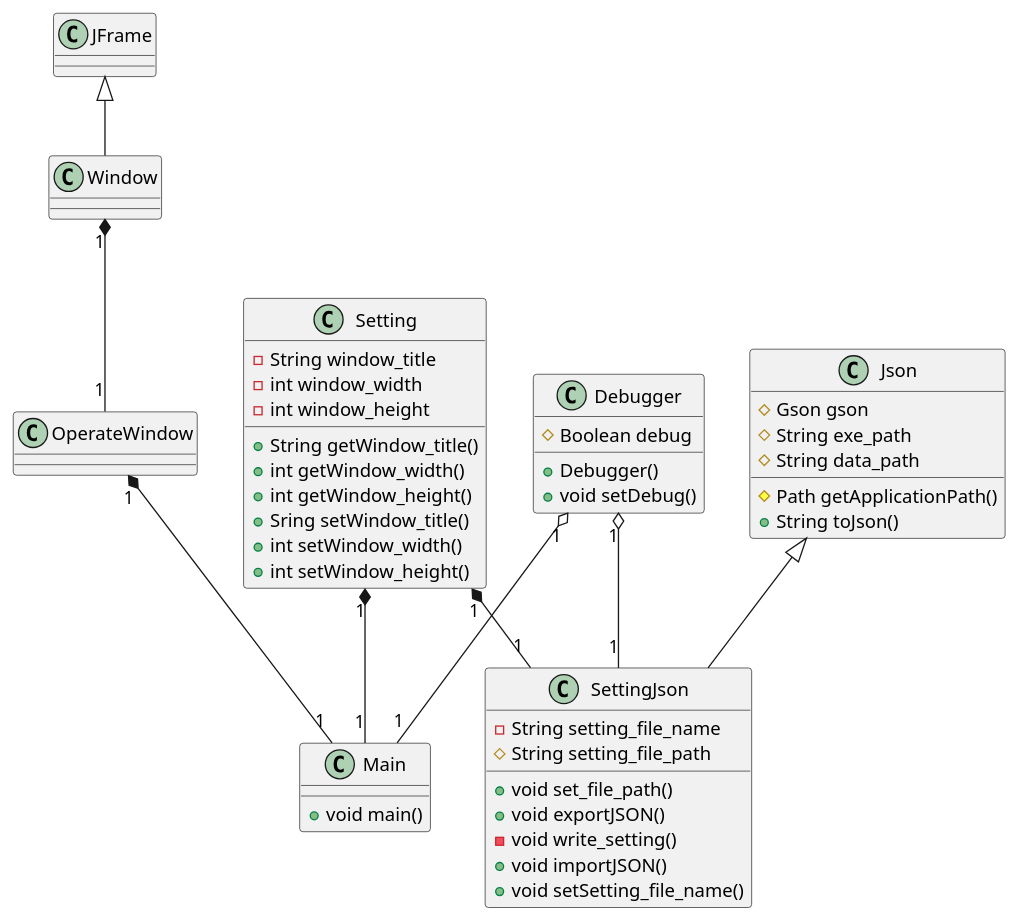
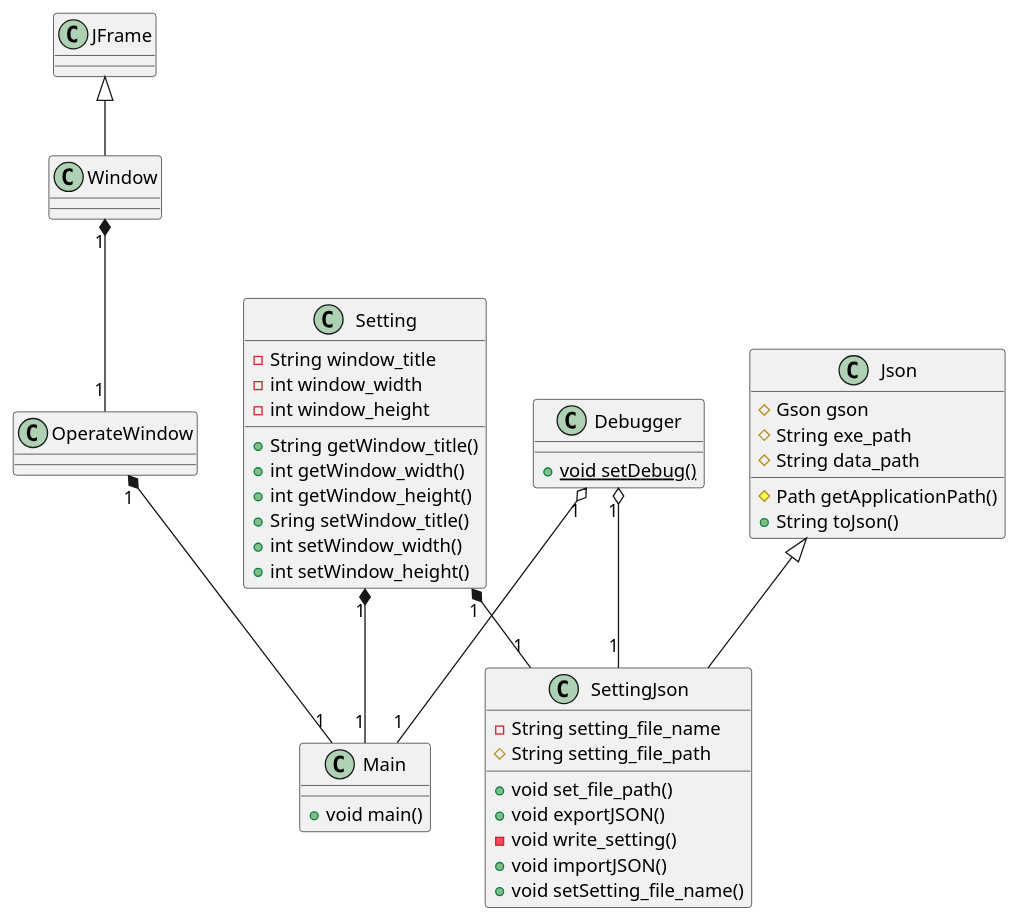
Before and after one commit to parsecmonkey/diary: the diagram in UML/class.pu, drawn with PlantUML. The commit also changed 4 other files, not shown here.

```diff
--- a/UML/class.pu
+++ b/UML/class.pu
@@ -1,63 +1,61 @@
 @startuml
 ' クラス定義
 class Main {
     + void main()
 }
 
 class JFrame{
 
 }
 
 class Window {
 }
 
 class OperateWindow {
 }
 
 class Json {
     # Gson gson
     # String exe_path
     # String data_path
     # Path getApplicationPath()
     + String toJson()
 }
 
 class Setting {
     - String window_title
     - int window_width
     - int window_height
     + String getWindow_title()
     + int getWindow_width()
     + int getWindow_height()
     + Sring setWindow_title()
     + int setWindow_width()
     + int setWindow_height()
 }
 
 class SettingJson {    
     - String setting_file_name
     # String setting_file_path
     + void set_file_path()
     + void exportJSON()
     - void write_setting()
     + void importJSON()
     + void setSetting_file_name()
 }
 
 class Debugger{
-    # Boolean debug
-    + Debugger()
-    + void setDebug()
+    {static}+ void setDebug()
 }
 
 ' 関係
 ' Json <|-- SettingJson : 継承
 Json <|-- SettingJson
 JFrame <|-- Window
 Window "1" *-- "1" OperateWindow
 OperateWindow "1" *-- "1" Main
 Setting "1" *-- "1" SettingJson
 Setting "1" *-- "1" Main
 Debugger "1" o-- "1" Main
 Debugger "1" o-- "1" SettingJson
 @enduml
```
